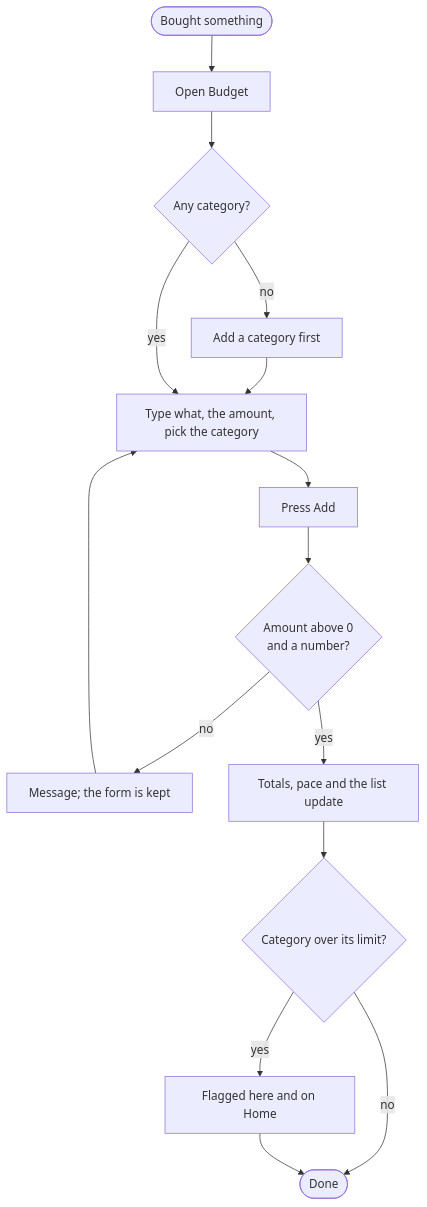
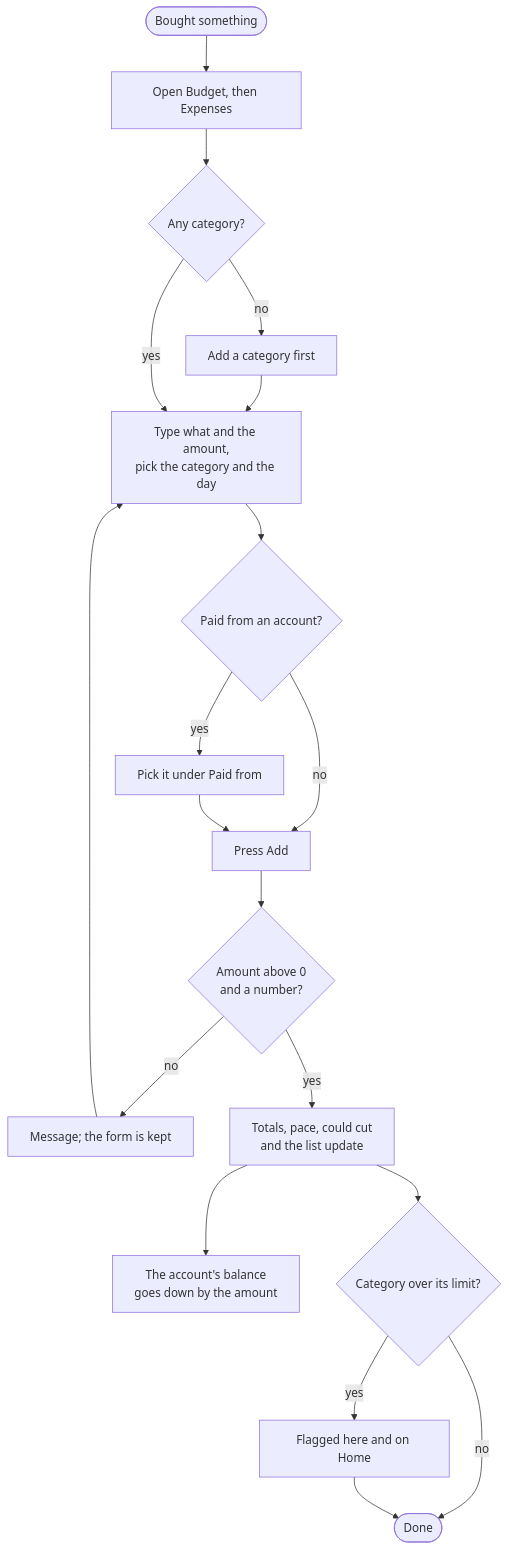
One commit to sih2006/Everything-A-Monash-Malaysia-Student-Would-Need changed the fourth of 6 diagrams in docs/02-design/app-flow.md. Above: the diagram before and after it, drawn with Mermaid. The commit also changed other lines of this file and 30 other files, not shown here.

````diff
--- a/docs/02-design/app-flow.md
+++ b/docs/02-design/app-flow.md
@@ -95,15 +99,19 @@
 ```mermaid
 flowchart TD
-  a([Bought something]) --> b[Open Budget]
+  a([Bought something]) --> b[Open Budget, then Expenses]
   b --> c{Any category?}
   c -- no --> d[Add a category first] --> e
-  c -- yes --> e[Type what, the amount, pick the category]
-  e --> f[Press Add]
+  c -- yes --> e[Type what and the amount,<br/>pick the category and the day]
+  e --> acc{Paid from an account?}
+  acc -- yes --> pick[Pick it under Paid from]
+  acc -- no --> f
+  pick --> f[Press Add]
   f --> g{Amount above 0<br/>and a number?}
   g -- no --> h[Message; the form is kept] --> e
-  g -- yes --> i[Totals, pace and the list update]
+  g -- yes --> i[Totals, pace, could cut<br/>and the list update]
+  i --> balance[The account's balance<br/>goes down by the amount]
   i --> j{Category over its limit?}
   j -- yes --> k[Flagged here and on Home]
   j -- no --> l([Done])
   k --> l
 ```
````
